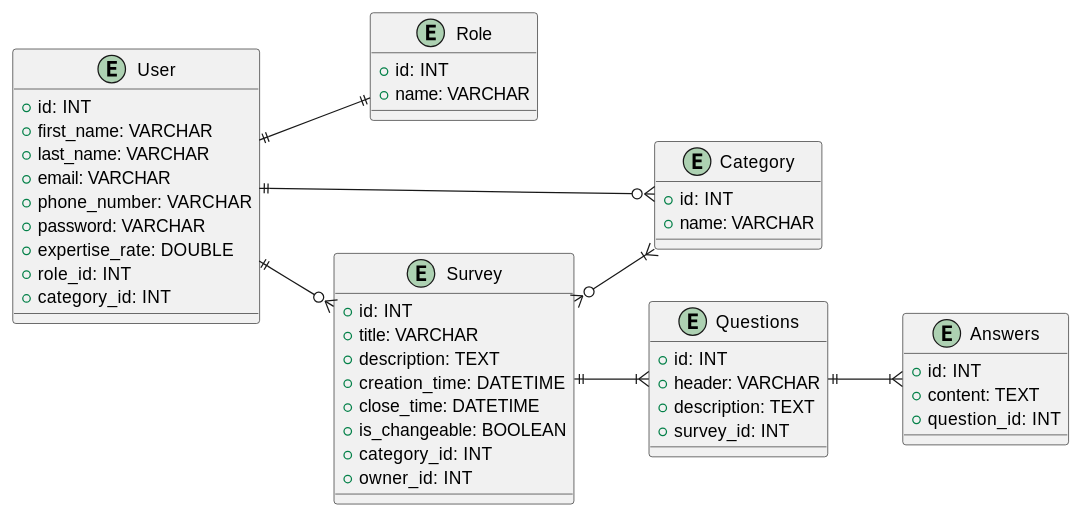
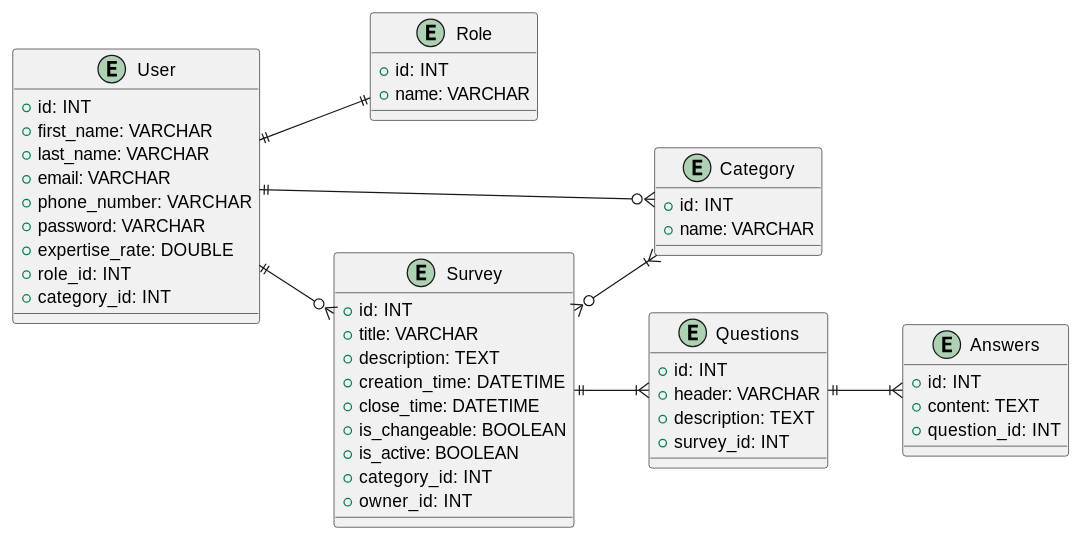
The second of 2 diagrams in docs/design.md (generalmaks/db_labs), drawn with PlantUML before and after one commit. The commit also changed other lines of this file, not shown here.

Commit message:
Add is_active to Survey

````diff
--- a/docs/design.md
+++ b/docs/design.md
@@ -98,59 +100,60 @@
 ```plantuml
 @startuml
 
 left to right direction
   
   entity "Role" {
     + id: INT
     + name: VARCHAR
   }
   
   entity "User" {
     + id: INT 
     + first_name: VARCHAR
     + last_name: VARCHAR
     + email: VARCHAR
     + phone_number: VARCHAR
     + password: VARCHAR
     + expertise_rate: DOUBLE
     + role_id: INT
     + category_id: INT
   }
   
   entity "Category" {
     + id: INT
     + name: VARCHAR
   }
   
   entity "Survey" {
     + id: INT
     + title: VARCHAR
     + description: TEXT
     + creation_time: DATETIME 
     + close_time: DATETIME
     + is_changeable: BOOLEAN
+    + is_active: BOOLEAN
     + category_id: INT 
     + owner_id: INT
   }
   
   entity "Questions" {
     + id: INT
     + header: VARCHAR
     + description: TEXT
     + survey_id: INT
   }
   
   entity "Answers" {
     + id: INT
     + content: TEXT
     + question_id: INT
   }
   
   "User" ||--|| "Role"
   "User" ||--o{ "Category"
   "User" ||--o{ "Survey"
   "Survey" ||--|{ "Questions"
   "Questions" ||--|{ "Answers"
   "Survey" }o--|{ "Category"
 @enduml
 ```
````
